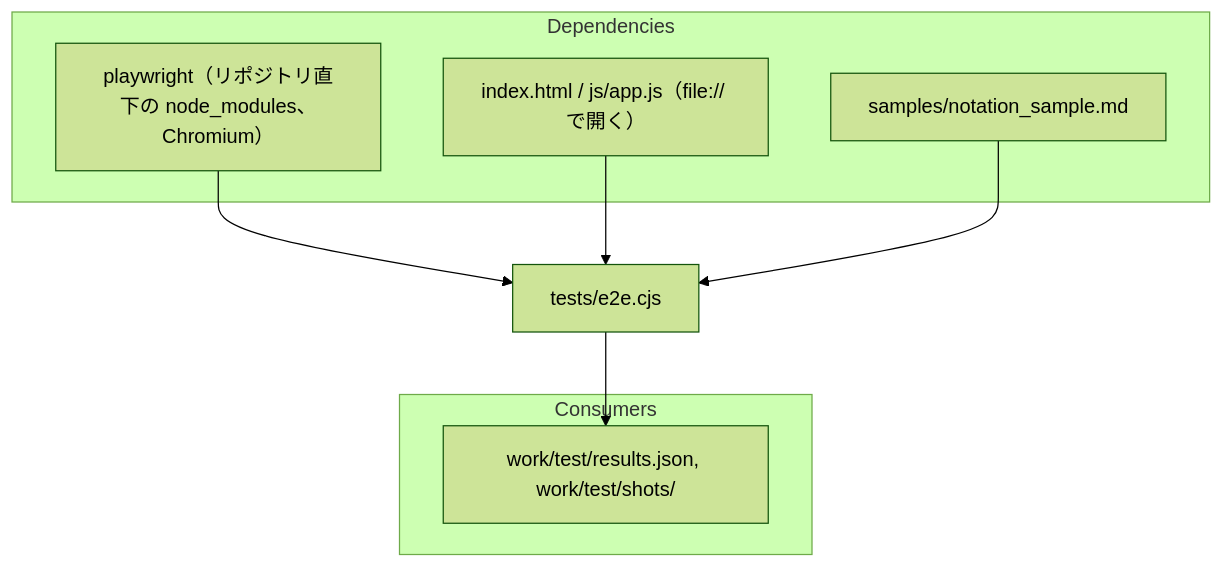
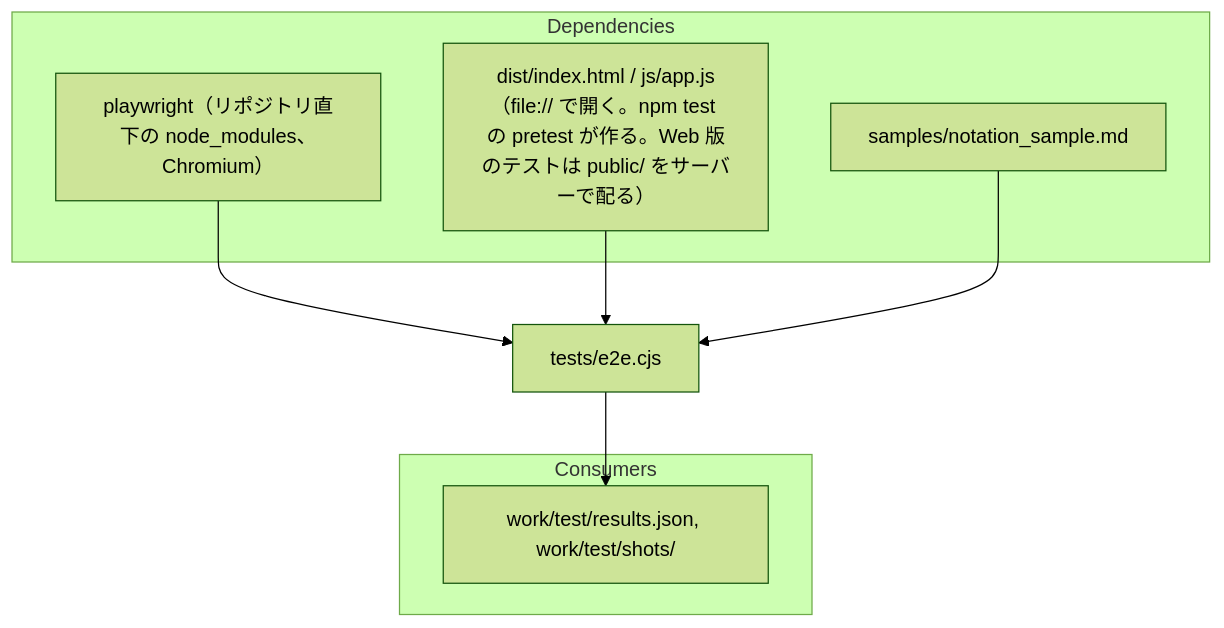
One commit to prankster-freedom/Lucivo changed the diagram in doc/3.implementation/tests/e2e.cjs.md. Above: the diagram before and after it, drawn with Mermaid (forest theme). The commit also changed 4 other files, not shown here.

````diff
--- a/doc/3.implementation/tests/e2e.cjs.md
+++ b/doc/3.implementation/tests/e2e.cjs.md
@@ -15,16 +15,16 @@
 ```mermaid
 flowchart TD
   subgraph Dependencies
     pw["playwright（リポジトリ直下の node_modules、Chromium）"]
-    app["index.html / js/app.js（file:// で開く）"]
+    app["dist/index.html / js/app.js（file:// で開く。npm test の pretest が作る。Web 版のテストは public/ をサーバーで配る）"]
     sample["samples/notation_sample.md"]
   end
   e2e["tests/e2e.cjs"]
   pw --> e2e
   app --> e2e
   sample --> e2e
   subgraph Consumers
     out["work/test/results.json, work/test/shots/"]
   end
   e2e --> out
 ```
````
